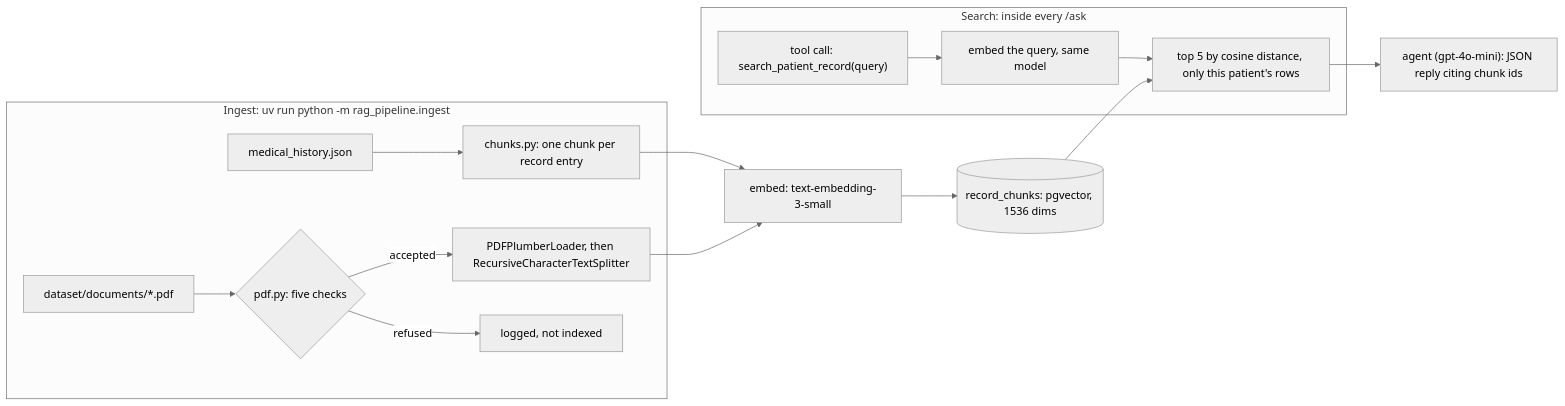
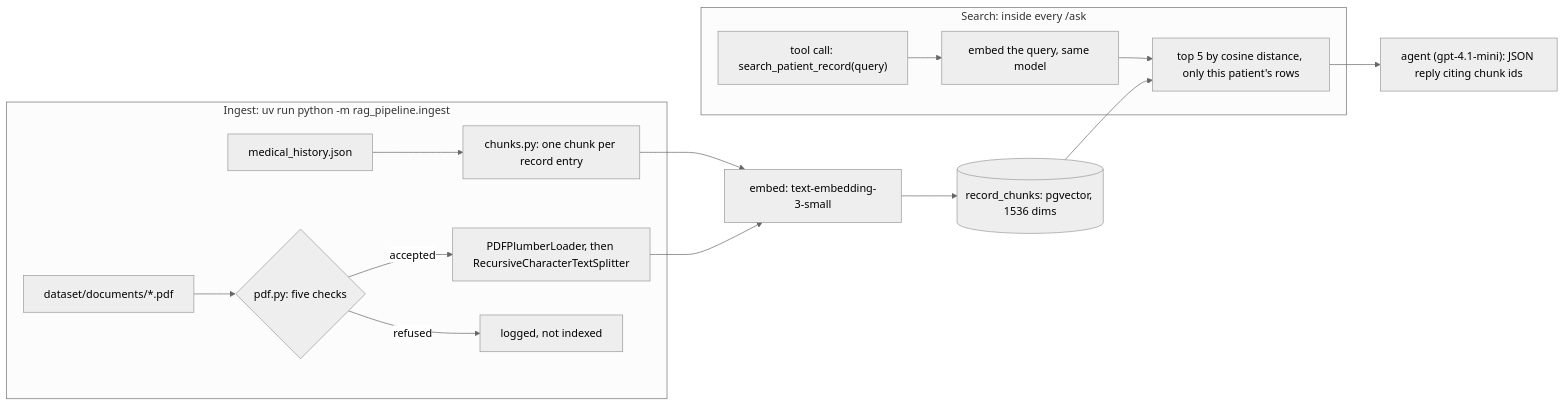
One commit to Nelev/medas changed the diagram in README.md. Above: the diagram before and after it, drawn with Mermaid (neutral theme). The commit also changed other lines of this file and 13 other files, not shown here.

````diff
--- a/README.md
+++ b/README.md
@@ -206,18 +206,18 @@
 ```mermaid
 flowchart LR
   subgraph ingest["Ingest: uv run python -m rag_pipeline.ingest"]
     J["medical_history.json"] --> C["chunks.py: one chunk per record entry"]
     P["dataset/documents/*.pdf"] --> G{"pdf.py: five checks"}
     G -->|accepted| S["PDFPlumberLoader, then RecursiveCharacterTextSplitter"]
     G -->|refused| X["logged, not indexed"]
   end
   C --> E["embed: text-embedding-3-small"]
   S --> E
   E --> T[("record_chunks: pgvector, 1536 dims")]
   subgraph query["Search: inside every /ask"]
     Q["tool call: search_patient_record(query)"] --> EQ["embed the query, same model"]
     EQ --> K["top 5 by cosine distance, only this patient's rows"]
   end
   T --> K
-  K --> A["agent (gpt-4o-mini): JSON reply citing chunk ids"]
+  K --> A["agent (gpt-4.1-mini): JSON reply citing chunk ids"]
 ```
````
